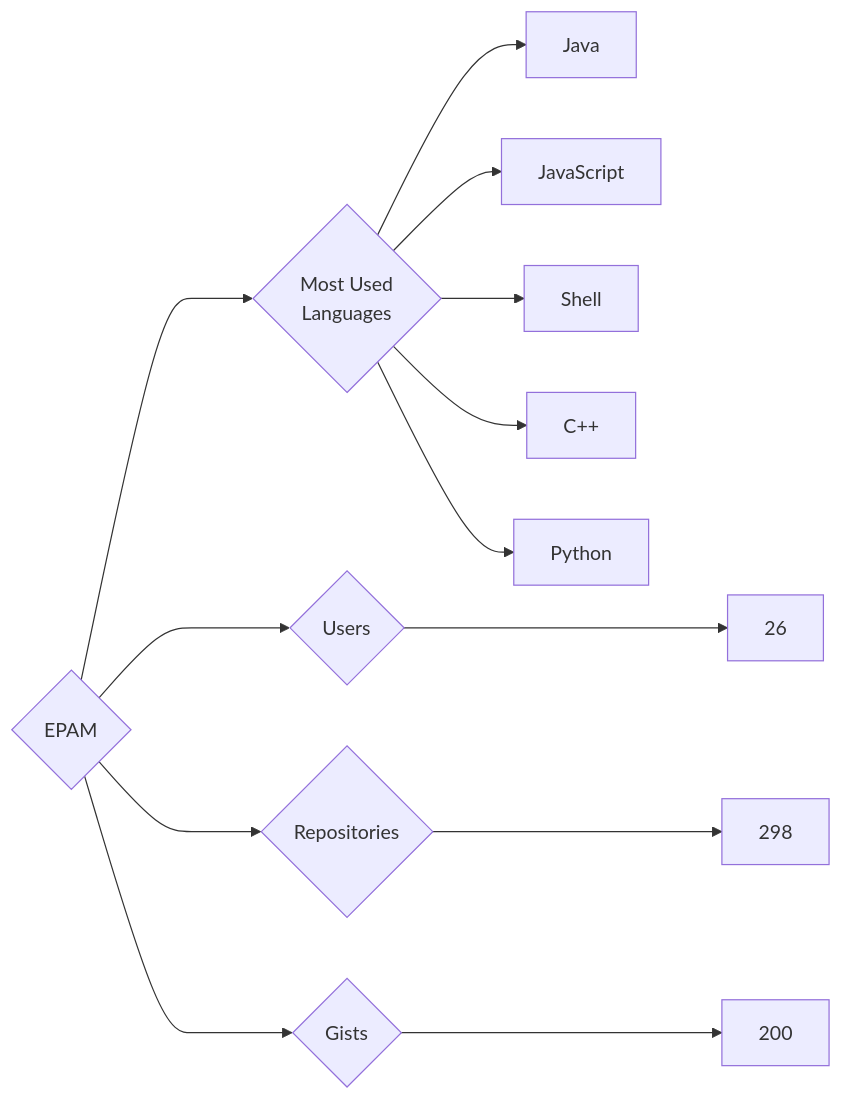
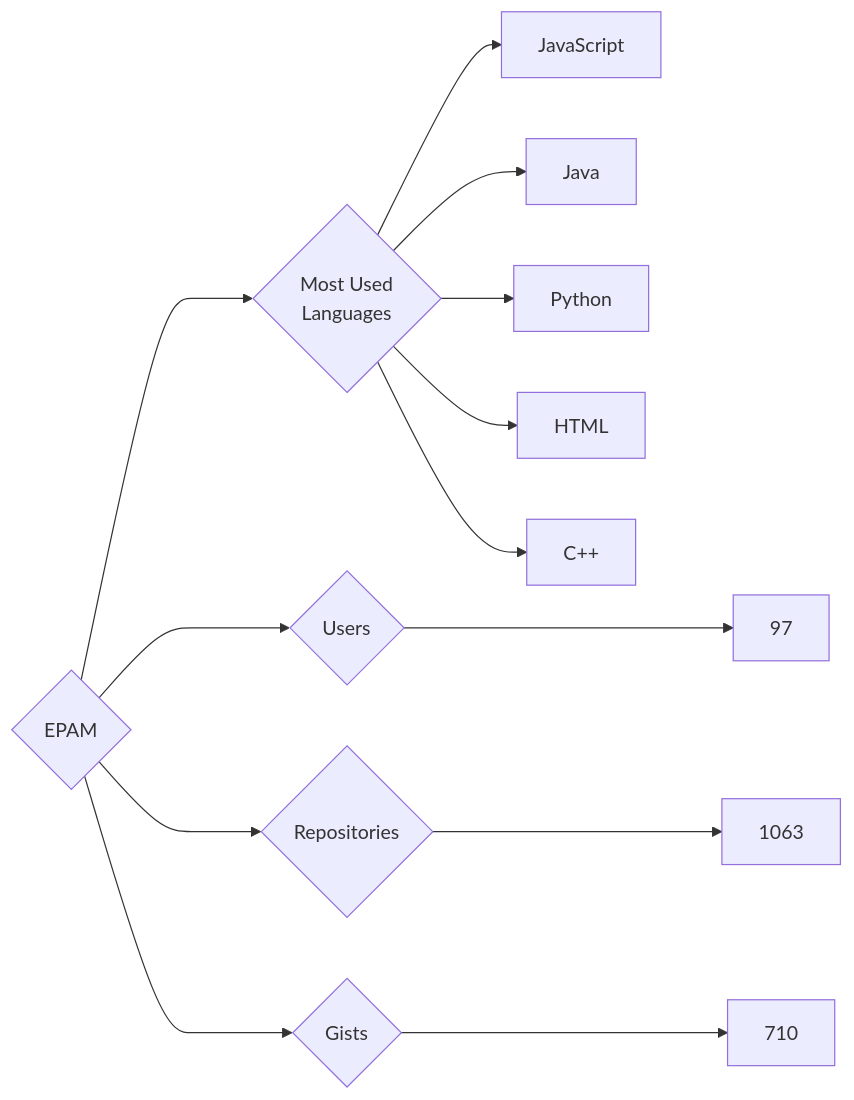
The diagram in targets/EPAM/README.md (trickest/insiders), drawn with Mermaid before and after one commit. The commit also changed 629 other files, not shown here.

````diff
--- a/targets/EPAM/README.md
+++ b/targets/EPAM/README.md
@@ -3,13 +3,13 @@
 ```mermaid
 graph LR
 COMPANY_NAME{EPAM}
-COMPANY_NAME ---> U{Users} ---> UN[26]
-COMPANY_NAME ---> R{Repositories} ---> RN[298]
-COMPANY_NAME ---> G{Gists} ---> GN[200]
+COMPANY_NAME ---> U{Users} ---> UN[97]
+COMPANY_NAME ---> R{Repositories} ---> RN[1063]
+COMPANY_NAME ---> G{Gists} ---> GN[710]
 COMPANY_NAME ---> ML{Most Used<br>Languages}
+ML --> JavaScript[JavaScript]
 ML --> Java[Java]
-ML --> JavaScript[JavaScript]
-ML --> Shell[Shell]
+ML --> Python[Python]
+ML --> HTML[HTML]
 ML --> C++[C++]
-ML --> Python[Python]
 ```
````
